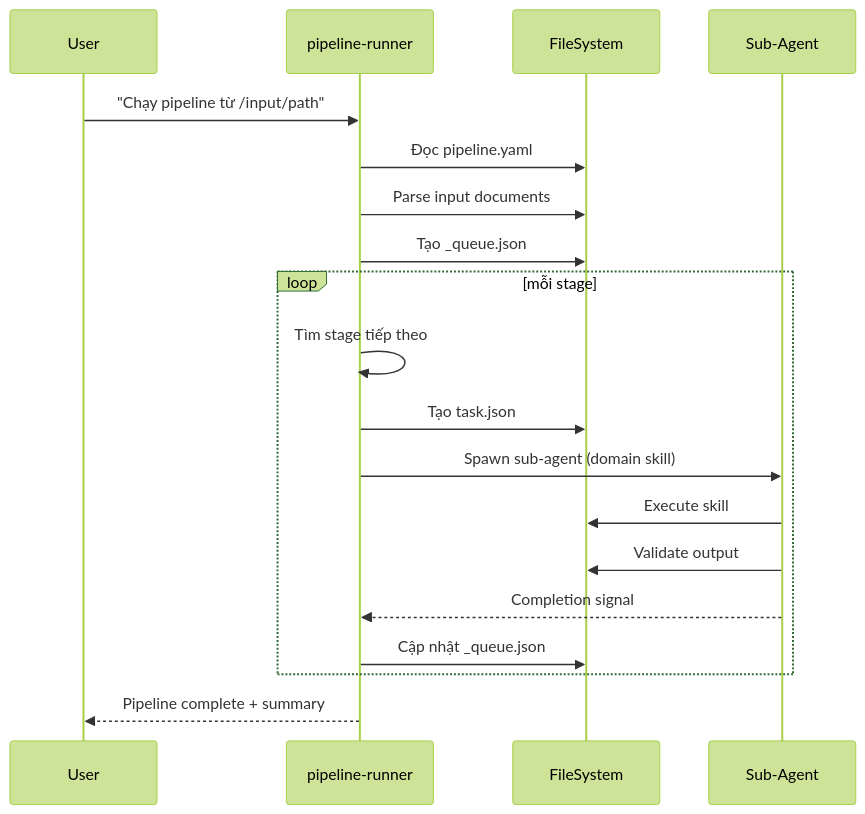
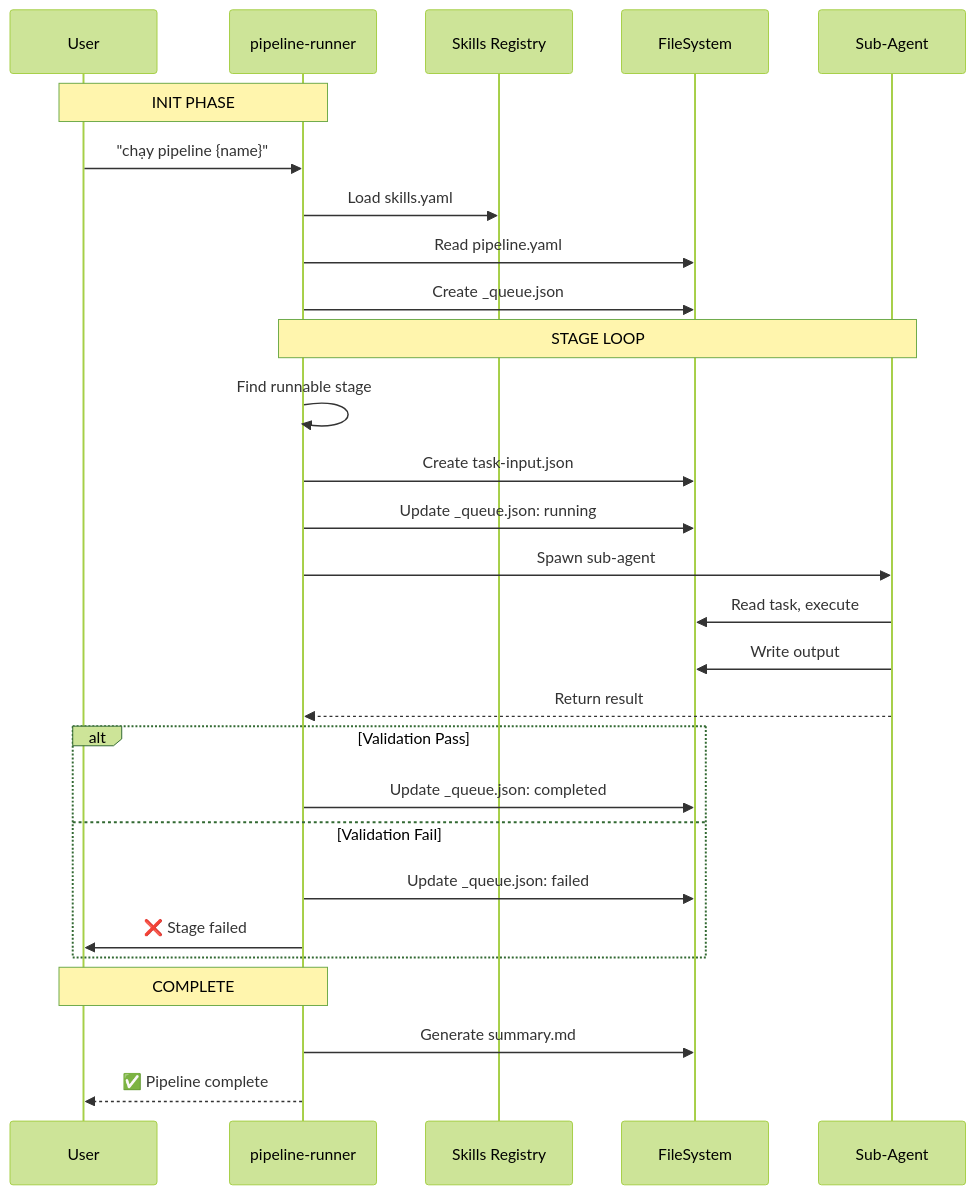
One commit to vuthuonghai-steve/KLTN-By_Thuong_Hai-Steve changed the second of 3 diagrams in .skill-context/pipeline-runner/design.md. Above: the diagram before and after it, drawn with Mermaid (forest theme). The commit also changed other lines of this file and 126 other files, not shown here.

````diff
--- a/.skill-context/pipeline-runner/design.md
+++ b/.skill-context/pipeline-runner/design.md
@@ -71,24 +122,35 @@
 ```mermaid
 sequenceDiagram
     participant U as User
     participant PR as pipeline-runner
+    participant SK as Skills Registry
     participant FS as FileSystem
     participant SA as Sub-Agent
 
-    U->>PR: "Chạy pipeline từ /input/path"
-    PR->>FS: Đọc pipeline.yaml
-    PR->>FS: Parse input documents
-    PR->>FS: Tạo _queue.json
+    Note over U,PR: INIT PHASE
+    U->>PR: "chạy pipeline {name}"
+    PR->>SK: Load skills.yaml
+    PR->>FS: Read pipeline.yaml
+    PR->>FS: Create _queue.json
 
-    loop mỗi stage
-        PR->>PR: Tìm stage tiếp theo
-        PR->>FS: Tạo task.json
-        PR->>SA: Spawn sub-agent (domain skill)
-        SA->>FS: Execute skill
-        SA->>FS: Validate output
-        SA-->>PR: Completion signal
-        PR->>FS: Cập nhật _queue.json
+    Note over PR,SA: STAGE LOOP
+    PR->>PR: Find runnable stage
+    PR->>FS: Create task-input.json
+    PR->>FS: Update _queue.json: running
+    PR->>SA: Spawn sub-agent
+
+    SA->>FS: Read task, execute
+    SA->>FS: Write output
+    SA-->>PR: Return result
+
+    alt Validation Pass
+        PR->>FS: Update _queue.json: completed
+    else Validation Fail
+        PR->>FS: Update _queue.json: failed
+        PR->>U: ❌ Stage failed
     end
 
-    PR-->>U: Pipeline complete + summary
+    Note over U,PR: COMPLETE
+    PR->>FS: Generate summary.md
+    PR-->>U: ✅ Pipeline complete
 ```
````
